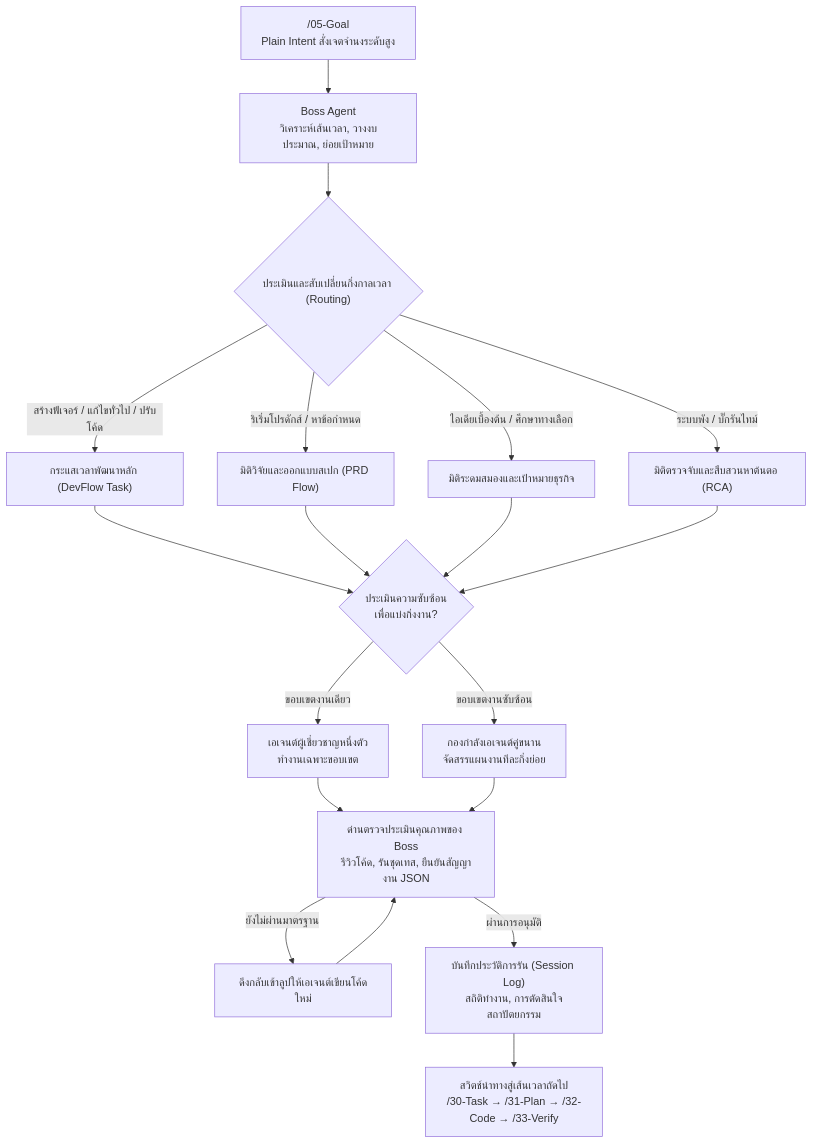
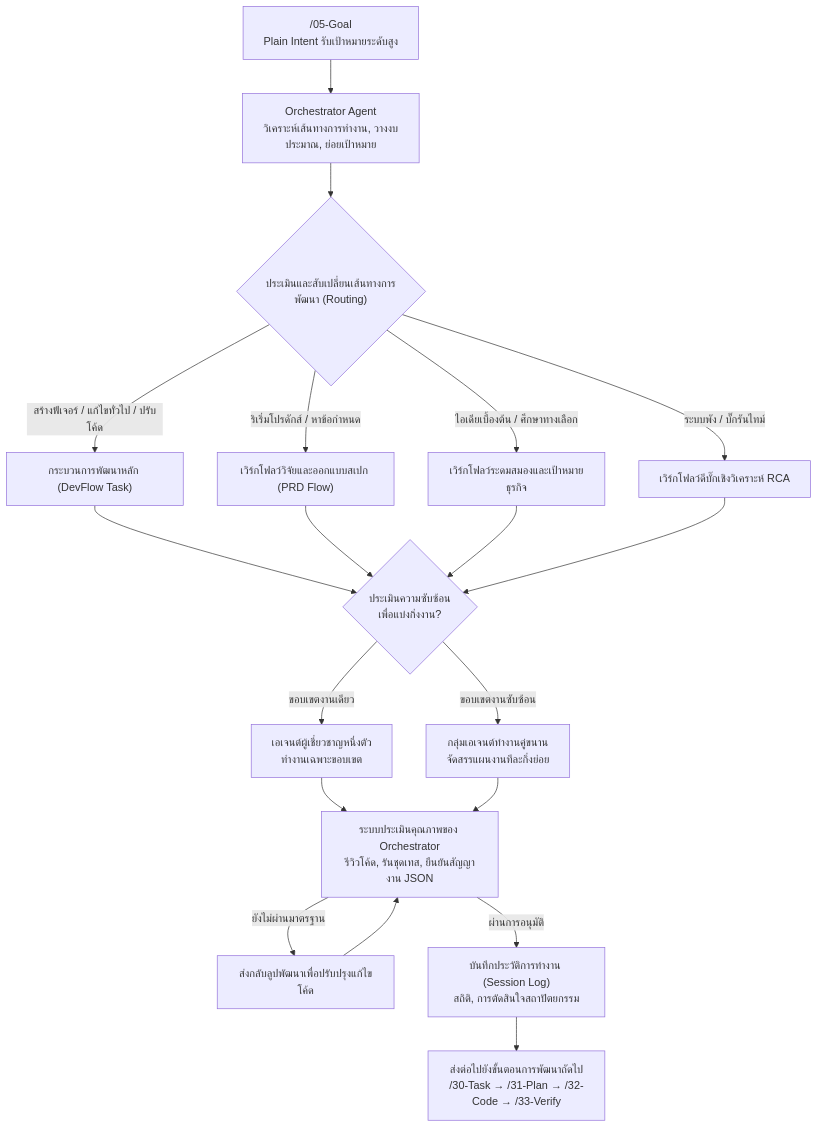
The second of 6 diagrams in README.md (Jakkrich/nexus-devflow), drawn with Mermaid before and after one commit. The commit also changed other lines of this file, not shown here.

````diff
--- a/README.md
+++ b/README.md
@@ -189,26 +189,26 @@
 ```mermaid
 flowchart TD
-    Goal["/05-Goal<br/> Plain Intent สั่งเจตจำนงระดับสูง"] --> Boss["Boss Agent<br/>วิเคราะห์เส้นเวลา, วางงบประมาณ, ย่อยเป้าหมาย"]
-    Boss --> Route{"ประเมินและสับเปลี่ยนกิ่งกาลเวลา (Routing)"}
+    Goal["/05-Goal<br/>Plain Intent รับเป้าหมายระดับสูง"] --> Boss["Orchestrator Agent<br/>วิเคราะห์เส้นทางการทำงาน, วางงบประมาณ, ย่อยเป้าหมาย"]
+    Boss --> Route{"ประเมินและสับเปลี่ยนเส้นทางการพัฒนา (Routing)"}
  
-    Route -->|สร้างฟีเจอร์ / แก้ไขทั่วไป / ปรับโค้ด| DevFlow["กระแสเวลาพัฒนาหลัก (DevFlow Task)"]
-    Route -->|ริเริ่มโปรดักส์ / หาข้อกำหนด| SpecFlow["มิติวิจัยและออกแบบสเปก (PRD Flow)"]
-    Route -->|ไอเดียเบื้องต้น / ศึกษาทางเลือก| IdeaFlow["มิติระดมสมองและเป้าหมายธุรกิจ"]
-    Route -->|ระบบพัง / บั๊กรันไทม์| DebugFlow["มิติตรวจจับและสืบสวนหาต้นตอ (RCA)"]
+    Route -->|สร้างฟีเจอร์ / แก้ไขทั่วไป / ปรับโค้ด| DevFlow["กระบวนการพัฒนาหลัก (DevFlow Task)"]
+    Route -->|ริเริ่มโปรดักส์ / หาข้อกำหนด| SpecFlow["เวิร์กโฟลว์วิจัยและออกแบบสเปก (PRD Flow)"]
+    Route -->|ไอเดียเบื้องต้น / ศึกษาทางเลือก| IdeaFlow["เวิร์กโฟลว์ระดมสมองและเป้าหมายธุรกิจ"]
+    Route -->|ระบบพัง / บั๊กรันไทม์| DebugFlow["เวิร์กโฟลว์ดีบั๊กเชิงวิเคราะห์ RCA"]
  
     DevFlow --> Split{"ประเมินความซับซ้อน<br/>เพื่อแบ่งกิ่งงาน?"}
     SpecFlow --> Split
     IdeaFlow --> Split
     DebugFlow --> Split
  
     Split -->|ขอบเขตงานเดียว| WorkerOne["เอเจนต์ผู้เชี่ยวชาญหนึ่งตัว<br/>ทำงานเฉพาะขอบเขต"]
-    Split -->|ขอบเขตงานซับซ้อน| WorkerGroup["กองกำลังเอเจนต์คู่ขนาน<br/>จัดสรรแผนงานทีละกิ่งย่อย"]
+    Split -->|ขอบเขตงานซับซ้อน| WorkerGroup["กลุ่มเอเจนต์ทำงานคู่ขนาน<br/>จัดสรรแผนงานทีละกิ่งย่อย"]
  
-    WorkerOne --> Gate["ด่านตรวจประเมินคุณภาพของ Boss<br/>รีวิวโค้ด, รันชุดเทส, ยืนยันสัญญางาน JSON"]
+    WorkerOne --> Gate["ระบบประเมินคุณภาพของ Orchestrator<br/>รีวิวโค้ด, รันชุดเทส, ยืนยันสัญญางาน JSON"]
     WorkerGroup --> Gate
  
-    Gate -->|ยังไม่ผ่านมาตรฐาน| Revise["ดึงกลับเข้าลูปให้เอเจนต์เขียนโค้ดใหม่"]
+    Gate -->|ยังไม่ผ่านมาตรฐาน| Revise["ส่งกลับลูปพัฒนาเพื่อปรับปรุงแก้ไขโค้ด"]
     Revise --> Gate
-    Gate -->|ผ่านการอนุมัติ| Session["บันทึกประวัติการรัน (Session Log)<br/>สถิติทำงาน, การตัดสินใจสถาปัตยกรรม"]
-    Session --> Next["สวิตช์นำทางสู่เส้นเวลาถัดไป<br/>/30-Task → /31-Plan → /32-Code → /33-Verify"]
+    Gate -->|ผ่านการอนุมัติ| Session["บันทึกประวัติการทำงาน (Session Log)<br/>สถิติ, การตัดสินใจสถาปัตยกรรม"]
+    Session --> Next["ส่งต่อไปยังขั้นตอนการพัฒนาถัดไป<br/>/30-Task → /31-Plan → /32-Code → /33-Verify"]
 ```
````
